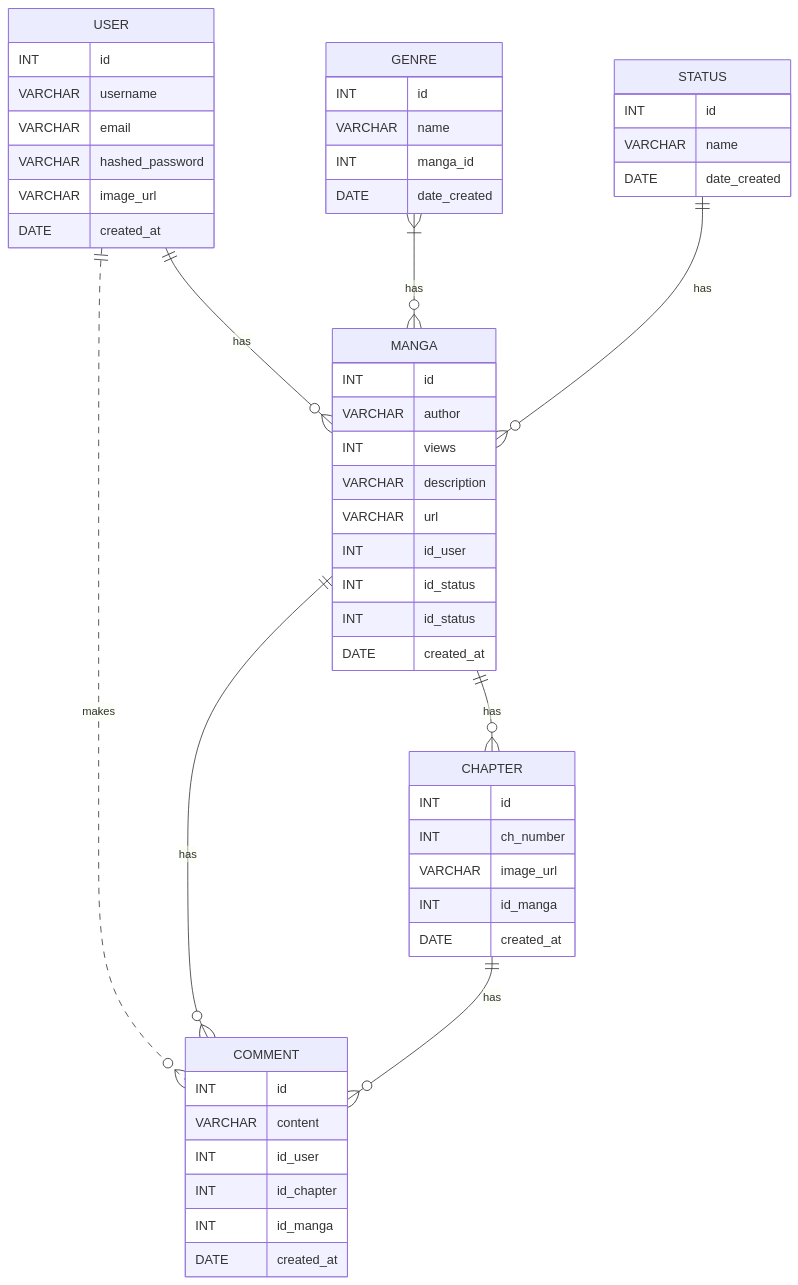
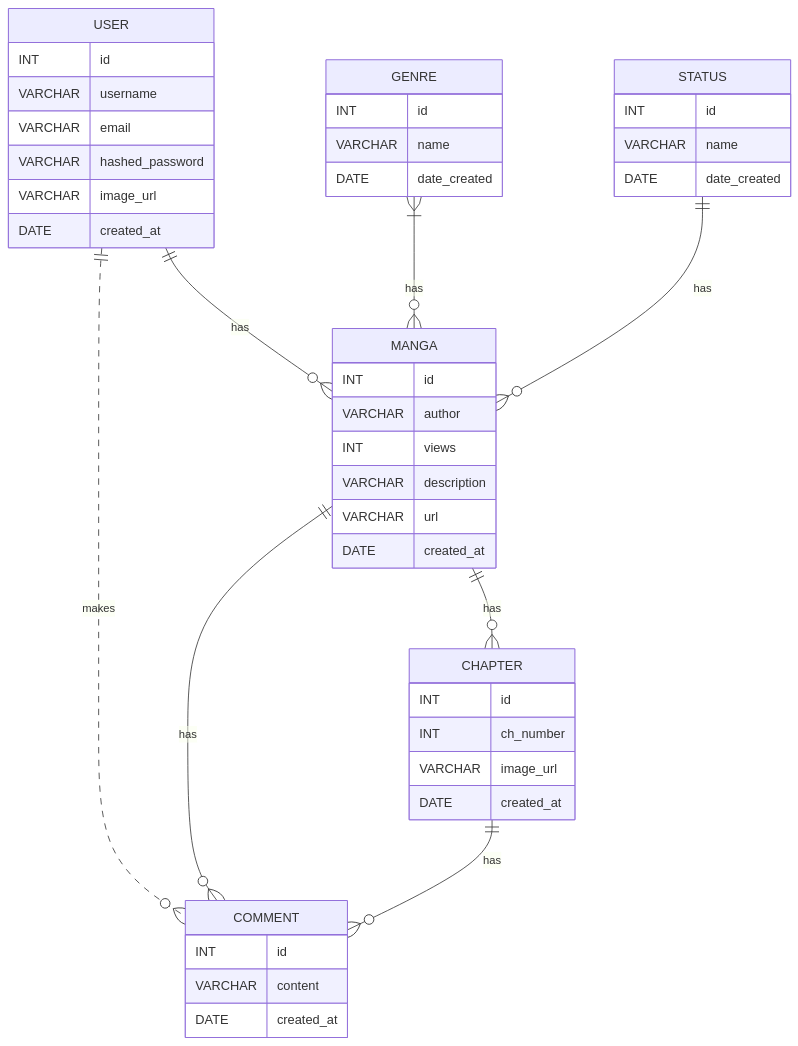
One commit to Space-Racoons/manga-zen changed the diagram in docs/doc-modelo.md. Above: the diagram before and after it, drawn with Mermaid.

Commit message:
docs: Removing foreign key attributes from relations

````diff
--- a/docs/doc-modelo.md
+++ b/docs/doc-modelo.md
@@ -5,61 +5,53 @@
 ```mermaid
 erDiagram
     USER ||..o{ COMMENT : makes
     USER ||--o{ MANGA : has
     MANGA ||--o{ CHAPTER : has
     MANGA ||--o{ COMMENT : has
     CHAPTER ||--o{ COMMENT : has
     GENRE |{--o{  MANGA: has
     STATUS ||--o{ MANGA: has
 
-    USER {
+    USER{
         INT id
         VARCHAR  username
         VARCHAR  email
         VARCHAR  hashed_password
         VARCHAR  image_url
         DATE created_at
     }
 
     COMMENT{
         INT id
         VARCHAR content
-        INT id_user
-        INT id_chapter
-        INT id_manga
         DATE created_at
     }
 
     MANGA{
         INT id
         VARCHAR author
         INT views
         VARCHAR description
         VARCHAR url
-        INT id_user
-        INT id_status
-        INT id_status
         DATE created_at
     }
 
     CHAPTER{
         INT id
-        INT  ch_number
+        INT ch_number
         VARCHAR image_url
-        INT id_manga
         DATE created_at
     }
 
     GENRE{
         INT id
         VARCHAR name
-        INT manga_id
         DATE date_created
     }
 
     STATUS{
         INT id
         VARCHAR name
         DATE date_created
     }
 ```
````
